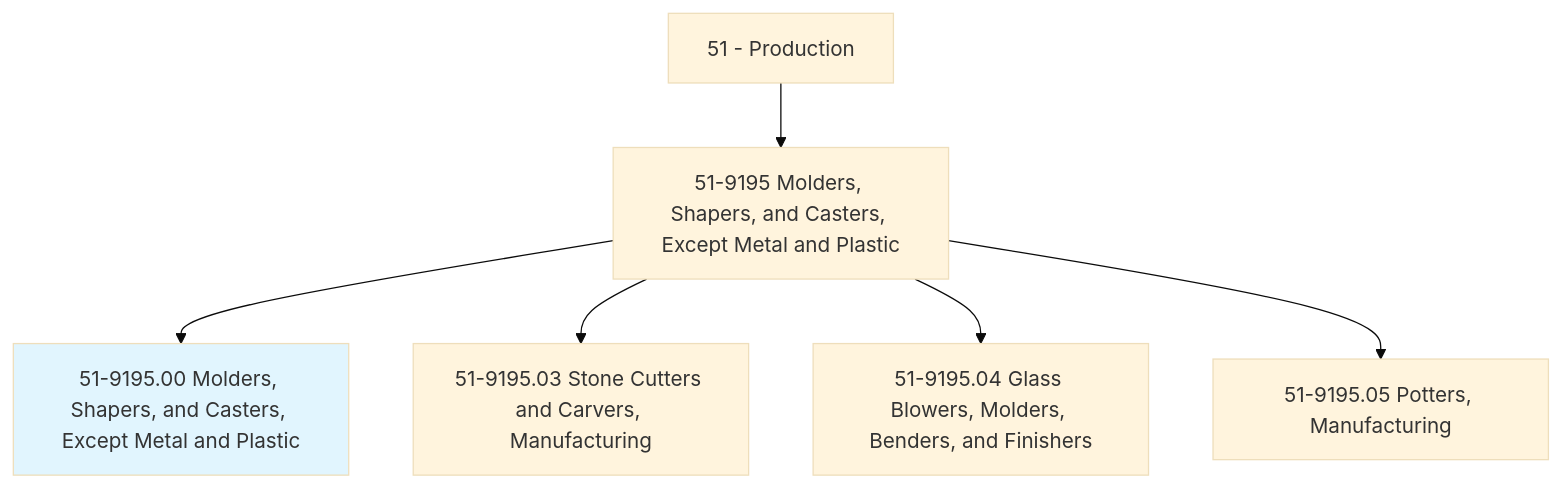
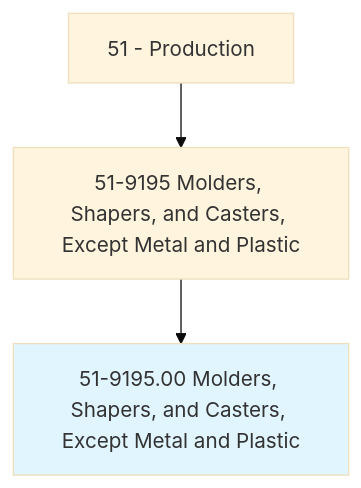
Before and after one commit to kziemski/business.org.ai: the first of 4 diagrams in occupations/Production/MoldersShapersAndCastersExceptMetalAndPlastic.mdx, drawn with Mermaid (base theme). The commit also changed other lines of this file and 938 other files, not shown here.

````diff
--- a/occupations/Production/MoldersShapersAndCastersExceptMetalAndPlastic.mdx
+++ b/occupations/Production/MoldersShapersAndCastersExceptMetalAndPlastic.mdx
@@ -19,9 +23,6 @@
 ```mermaid
 graph TD
     Cat51["51 - Production"] --> Group519195["51-9195 Molders, Shapers, and Casters, Except Metal and Plastic"]
     Group519195 --> Current["51-9195.00 Molders, Shapers, and Casters, Except Metal and Plastic"]
     style Current fill:#e1f5fe
-    Group519195 --> V51919503["51-9195.03 Stone Cutters and Carvers, Manufacturing"]
-    Group519195 --> V51919504["51-9195.04 Glass Blowers, Molders, Benders, and Finishers"]
-    Group519195 --> V51919505["51-9195.05 Potters, Manufacturing"]
 ```
````
